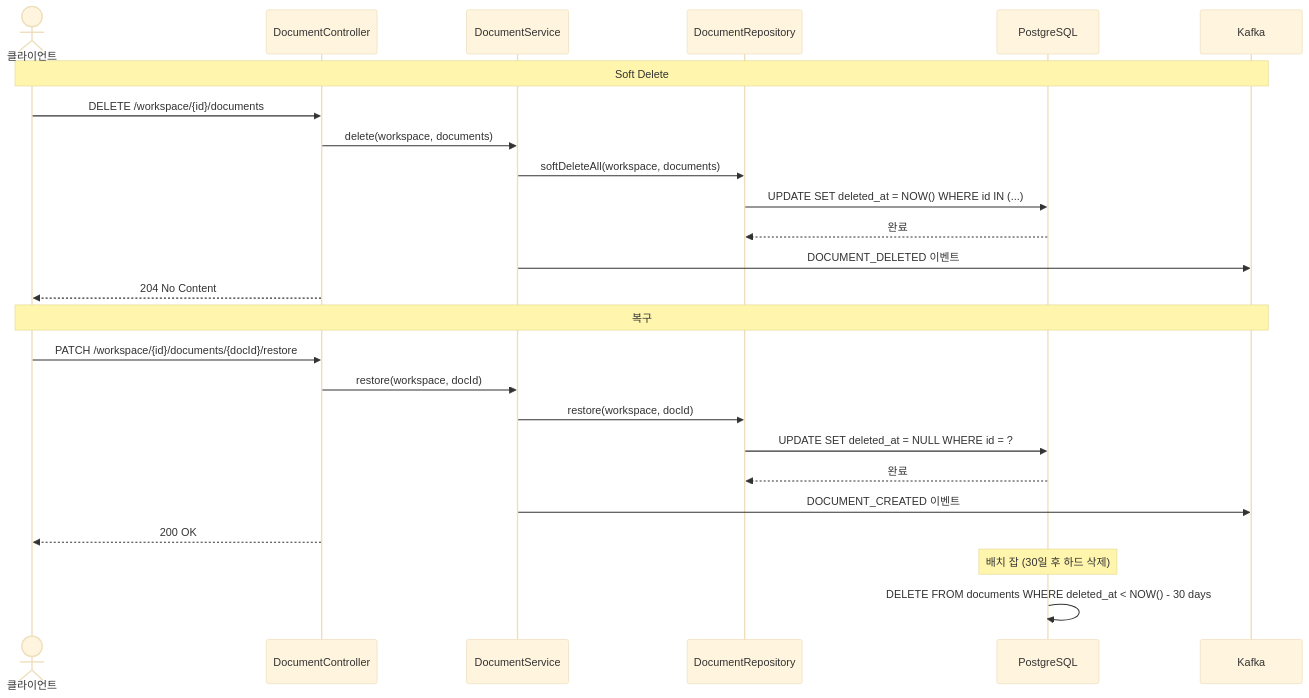
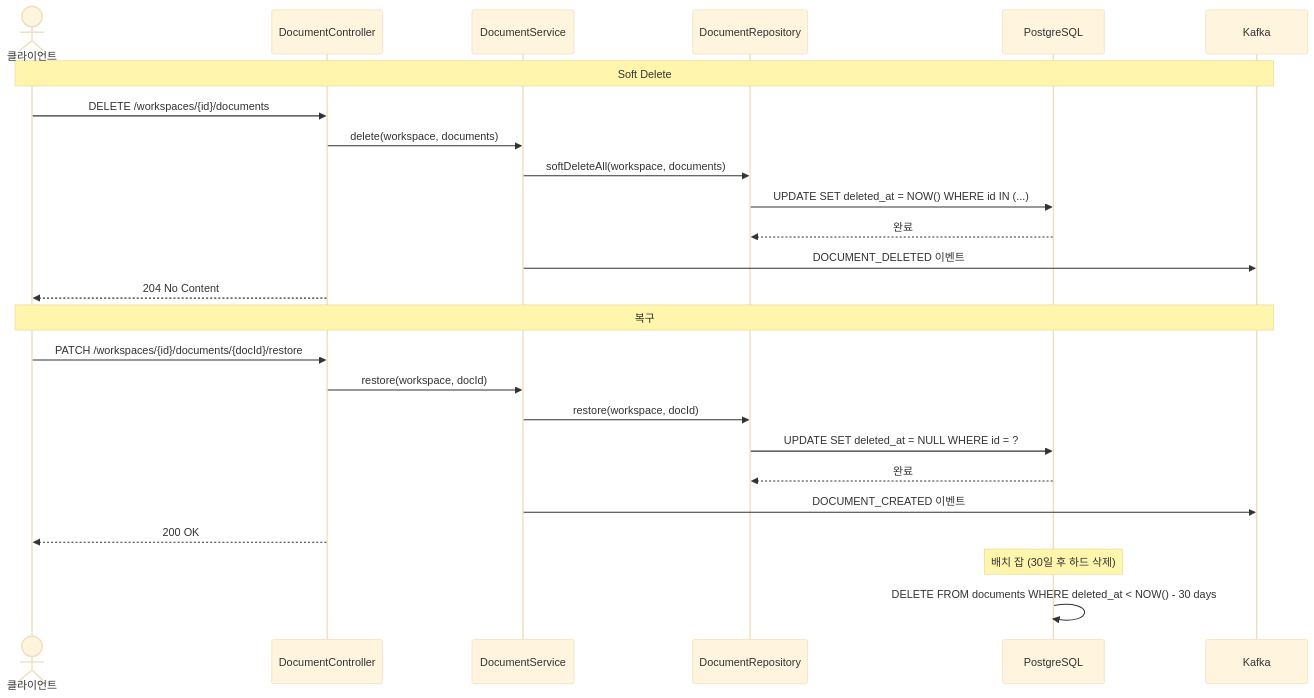
The sixth of 6 diagrams in document-command/USECASE.md (sayaya1090/handbook), drawn with Mermaid (base theme) before and after one commit. The commit also changed other lines of this file and 58 other files, not shown here.

````diff
--- a/document-command/USECASE.md
+++ b/document-command/USECASE.md
@@ -211,30 +211,30 @@
 ```mermaid
 sequenceDiagram
     actor Client as 클라이언트
     participant Ctrl as DocumentController
     participant Svc as DocumentService
     participant Repo as DocumentRepository
     participant DB as PostgreSQL
     participant Kafka as Kafka
 
     Note over Client,Kafka: Soft Delete
-    Client->>Ctrl: DELETE /workspace/{id}/documents
+    Client->>Ctrl: DELETE /workspaces/{id}/documents
     Ctrl->>Svc: delete(workspace, documents)
     Svc->>Repo: softDeleteAll(workspace, documents)
     Repo->>DB: UPDATE SET deleted_at = NOW() WHERE id IN (...)
     DB-->>Repo: 완료
     Svc->>Kafka: DOCUMENT_DELETED 이벤트
     Ctrl-->>Client: 204 No Content
 
     Note over Client,Kafka: 복구
-    Client->>Ctrl: PATCH /workspace/{id}/documents/{docId}/restore
+    Client->>Ctrl: PATCH /workspaces/{id}/documents/{docId}/restore
     Ctrl->>Svc: restore(workspace, docId)
     Svc->>Repo: restore(workspace, docId)
     Repo->>DB: UPDATE SET deleted_at = NULL WHERE id = ?
     DB-->>Repo: 완료
     Svc->>Kafka: DOCUMENT_CREATED 이벤트
     Ctrl-->>Client: 200 OK
 
     Note over DB: 배치 잡 (30일 후 하드 삭제)
     DB->>DB: DELETE FROM documents WHERE deleted_at < NOW() - 30 days
 ```
````
